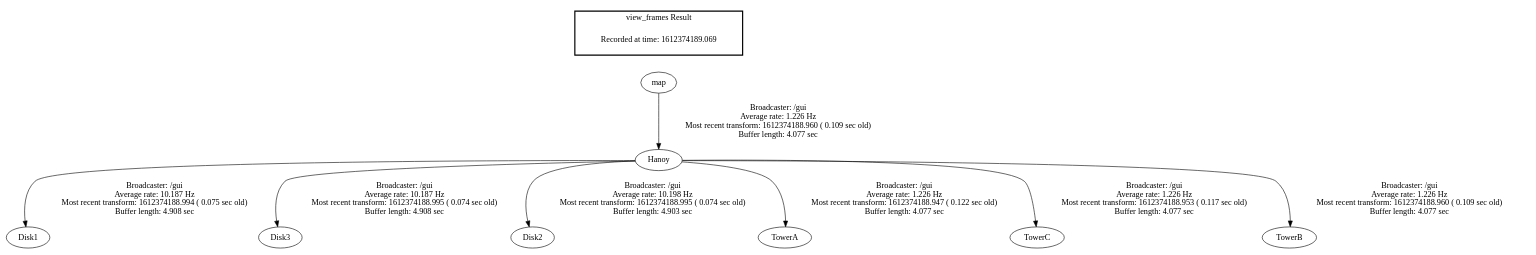
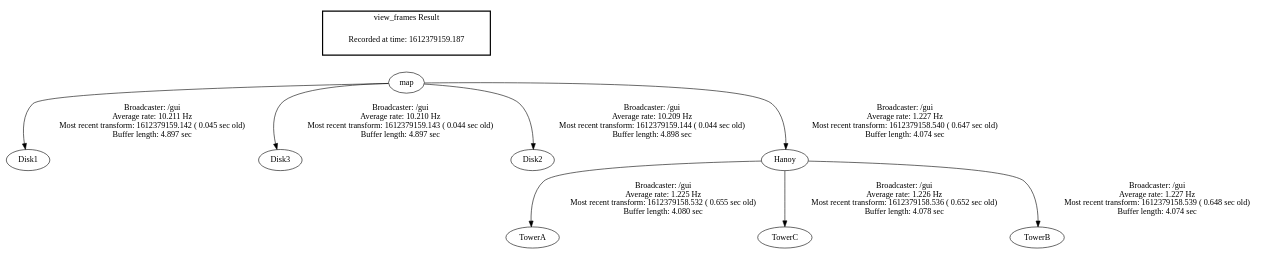
One commit to PictElm/Hanoying-Robot changed the diagram in frames.gv. Above: the diagram before and after it, drawn with Graphviz. The commit also changed 2 other files, not shown here.

```diff
--- a/frames.gv
+++ b/frames.gv
@@ -1,13 +1,13 @@
 digraph G {
-"Hanoy" -> "Disk1"[label="Broadcaster: /gui\nAverage rate: 10.187 Hz\nMost recent transform: 1612374188.994 ( 0.075 sec old)\nBuffer length: 4.908 sec\n"];
-"map" -> "Hanoy"[label="Broadcaster: /gui\nAverage rate: 1.226 Hz\nMost recent transform: 1612374188.960 ( 0.109 sec old)\nBuffer length: 4.077 sec\n"];
-"Hanoy" -> "Disk3"[label="Broadcaster: /gui\nAverage rate: 10.187 Hz\nMost recent transform: 1612374188.995 ( 0.074 sec old)\nBuffer length: 4.908 sec\n"];
-"Hanoy" -> "Disk2"[label="Broadcaster: /gui\nAverage rate: 10.198 Hz\nMost recent transform: 1612374188.995 ( 0.074 sec old)\nBuffer length: 4.903 sec\n"];
-"Hanoy" -> "TowerA"[label="Broadcaster: /gui\nAverage rate: 1.226 Hz\nMost recent transform: 1612374188.947 ( 0.122 sec old)\nBuffer length: 4.077 sec\n"];
-"Hanoy" -> "TowerC"[label="Broadcaster: /gui\nAverage rate: 1.226 Hz\nMost recent transform: 1612374188.953 ( 0.117 sec old)\nBuffer length: 4.077 sec\n"];
-"Hanoy" -> "TowerB"[label="Broadcaster: /gui\nAverage rate: 1.226 Hz\nMost recent transform: 1612374188.960 ( 0.109 sec old)\nBuffer length: 4.077 sec\n"];
+"map" -> "Disk1"[label="Broadcaster: /gui\nAverage rate: 10.211 Hz\nMost recent transform: 1612379159.142 ( 0.045 sec old)\nBuffer length: 4.897 sec\n"];
+"map" -> "Disk3"[label="Broadcaster: /gui\nAverage rate: 10.210 Hz\nMost recent transform: 1612379159.143 ( 0.044 sec old)\nBuffer length: 4.897 sec\n"];
+"map" -> "Disk2"[label="Broadcaster: /gui\nAverage rate: 10.209 Hz\nMost recent transform: 1612379159.144 ( 0.044 sec old)\nBuffer length: 4.898 sec\n"];
+"Hanoy" -> "TowerA"[label="Broadcaster: /gui\nAverage rate: 1.225 Hz\nMost recent transform: 1612379158.532 ( 0.655 sec old)\nBuffer length: 4.080 sec\n"];
+"map" -> "Hanoy"[label="Broadcaster: /gui\nAverage rate: 1.227 Hz\nMost recent transform: 1612379158.540 ( 0.647 sec old)\nBuffer length: 4.074 sec\n"];
+"Hanoy" -> "TowerC"[label="Broadcaster: /gui\nAverage rate: 1.226 Hz\nMost recent transform: 1612379158.536 ( 0.652 sec old)\nBuffer length: 4.078 sec\n"];
+"Hanoy" -> "TowerB"[label="Broadcaster: /gui\nAverage rate: 1.227 Hz\nMost recent transform: 1612379158.539 ( 0.648 sec old)\nBuffer length: 4.074 sec\n"];
 edge [style=invis];
  subgraph cluster_legend { style=bold; color=black; label ="view_frames Result";
-"Recorded at time: 1612374189.069"[ shape=plaintext ] ;
+"Recorded at time: 1612379159.187"[ shape=plaintext ] ;
  }->"map";
 }
```
